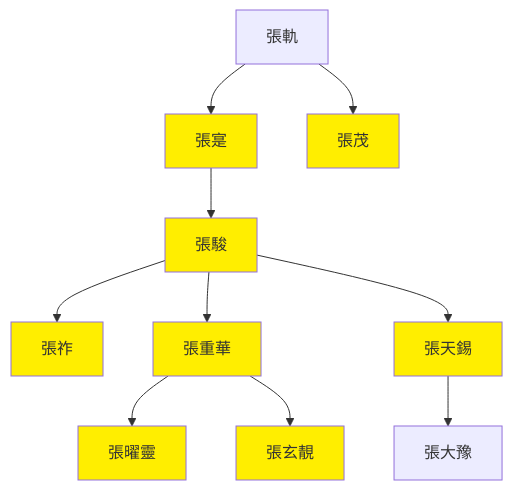
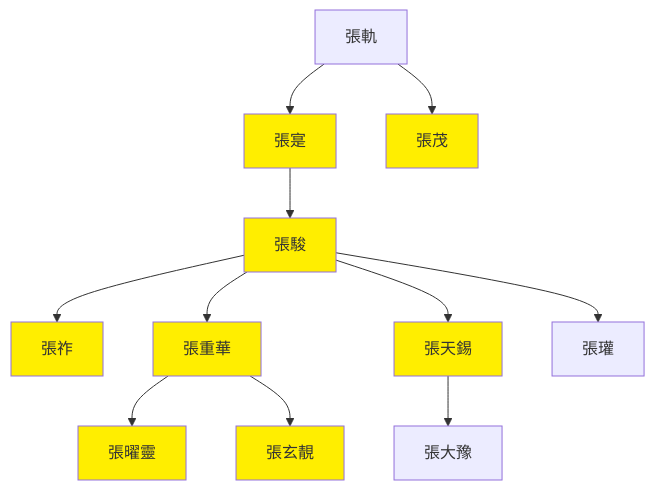
The diagram in 2_世系圖表/2.2_并立政權/晉/十六國/前涼世系圖表.md (gamefang/zizhitongjian), drawn with Mermaid before and after one commit. The commit also changed other lines of this file and 20 other files, not shown here.

````diff
--- a/2_世系圖表/2.2_并立政權/晉/十六國/前涼世系圖表.md
+++ b/2_世系圖表/2.2_并立政權/晉/十六國/前涼世系圖表.md
@@ -14,20 +17,21 @@
 ```mermaid
 graph TB
 
 張軌-->張寔
 張軌-->張茂
 
 張寔-->張駿
 
 張駿-->張祚
 張駿-->張重華
 張駿-->張天錫
+張駿-->張瓘
 
 張重華-->張曜靈
 張重華-->張玄靚
 
 張天錫-->張大豫
 
 classDef king fill:#ffee00
 class 張寔,張茂,張駿,張重華,張曜靈,張祚,張玄靚,張天錫 king
 ```
````
